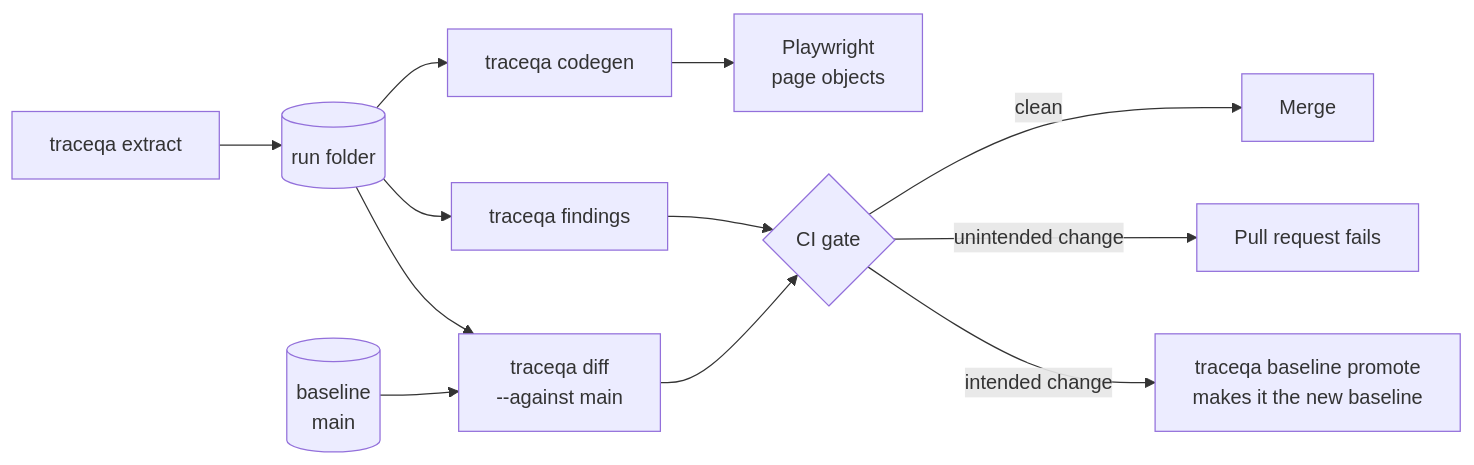
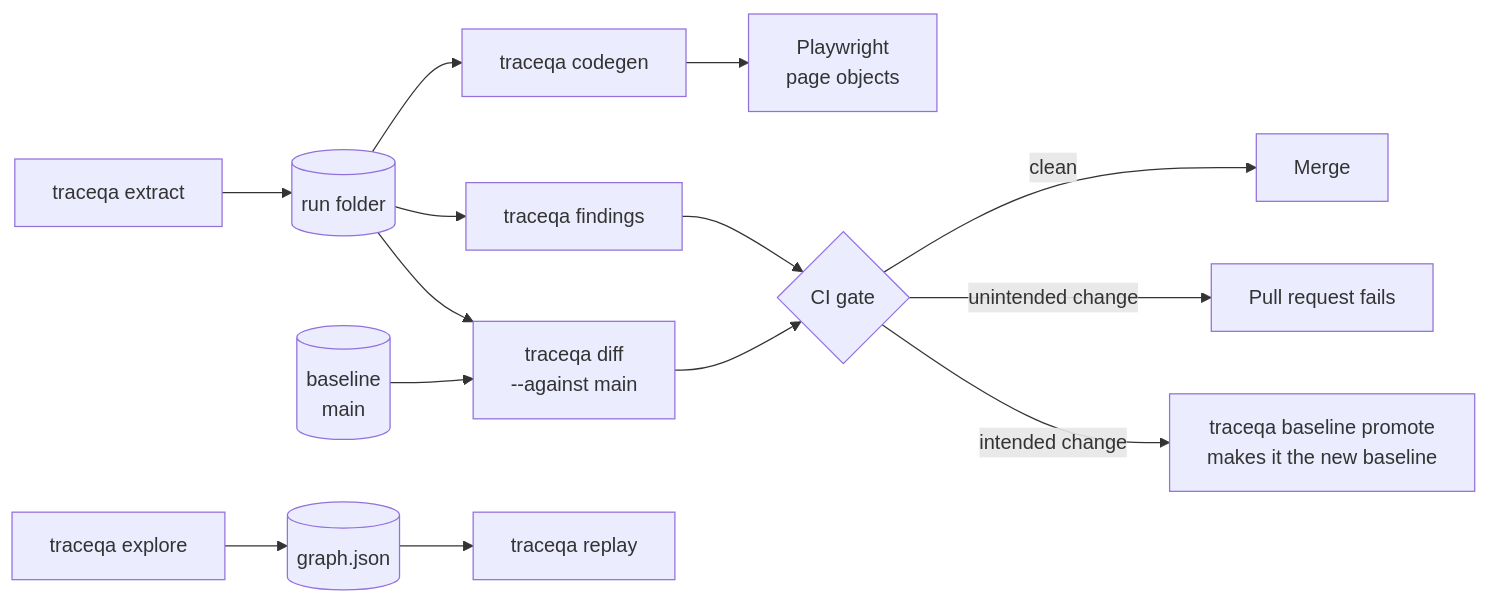
One commit to thearpankumar/TraceQA changed the fourth of 4 diagrams in README.md. Above: the diagram before and after it, drawn with Mermaid. The commit also changed other lines of this file, not shown here.

Commit message:
README: add the explorer and replay to the diagrams and the repository map

````diff
--- a/README.md
+++ b/README.md
@@ -313,14 +332,16 @@
 ```mermaid
 flowchart LR
     extract["traceqa extract"] --> run[("run folder")]
     run --> findings["traceqa findings"]
     run --> diff["traceqa diff<br/>--against main"]
     run --> codegen["traceqa codegen"]
     codegen --> pages["Playwright<br/>page objects"]
+    explore["traceqa explore"] --> graphfile[("graph.json")]
+    graphfile --> replay["traceqa replay"]
     baseline[("baseline<br/>main")] --> diff
     findings --> gate{"CI gate"}
     diff --> gate
     gate -->|clean| merge["Merge"]
     gate -->|unintended change| fail["Pull request fails"]
     gate -->|intended change| promote["traceqa baseline promote<br/>makes it the new baseline"]
 ```
````
